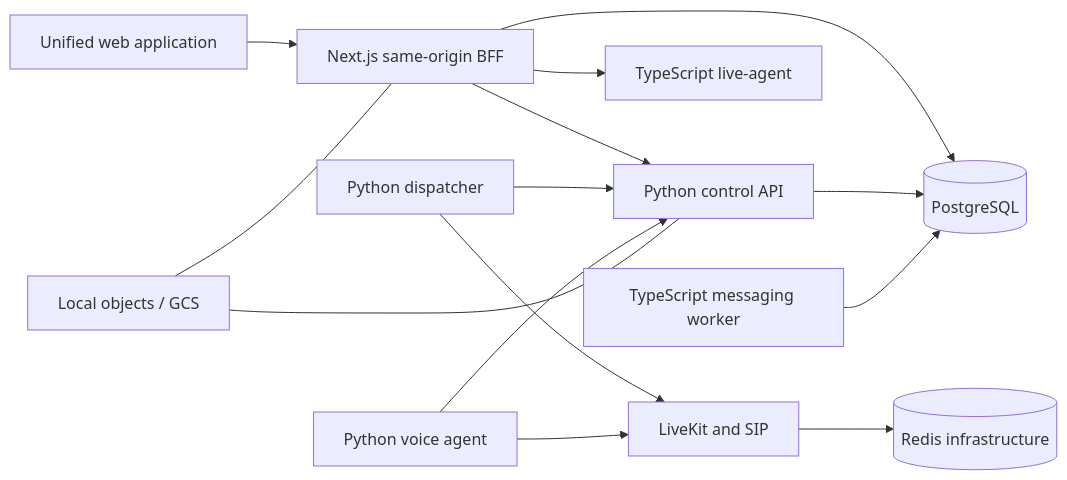
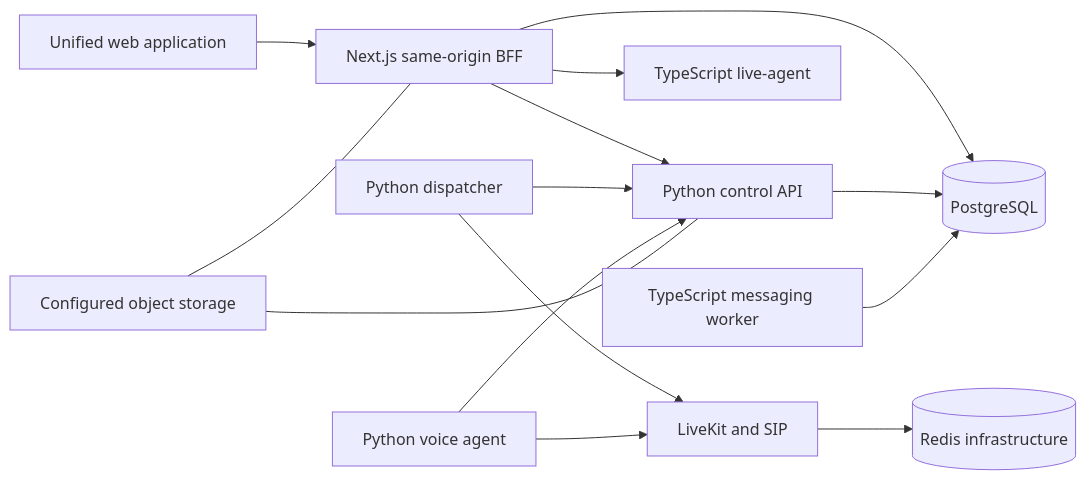
One commit to Or-On/OrOn-CRM changed the diagram in docs/architecture/overview.md. Above: the diagram before and after it, drawn with Mermaid. The commit also changed other lines of this file and 662 other files, not shown here.

````diff
--- a/docs/architecture/overview.md
+++ b/docs/architecture/overview.md
@@ -24,16 +24,16 @@
 ```mermaid
 flowchart LR
   Browser[Unified web application] --> BFF[Next.js same-origin BFF]
   BFF --> Control[Python control API]
   BFF --> LiveAgent[TypeScript live-agent]
   BFF --> PG[(PostgreSQL)]
   Control --> PG
   Messaging[TypeScript messaging worker] --> PG
   Dispatcher[Python dispatcher] --> Control
   Voice[Python voice agent] --> Control
   Dispatcher --> LiveKit[LiveKit and SIP]
   Voice --> LiveKit
   LiveKit --> Redis[(Redis infrastructure)]
-  Objects[Local objects / GCS] --- BFF
+  Objects[Configured object storage] --- BFF
   Objects --- Control
 ```
````
